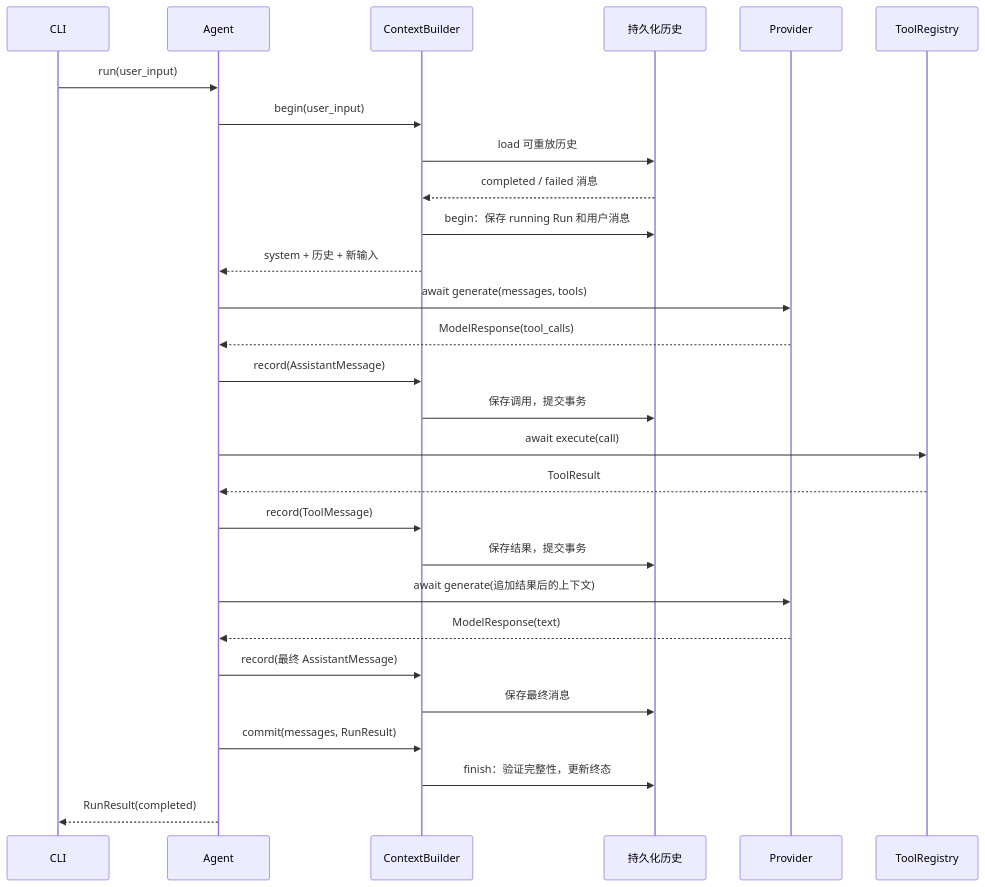
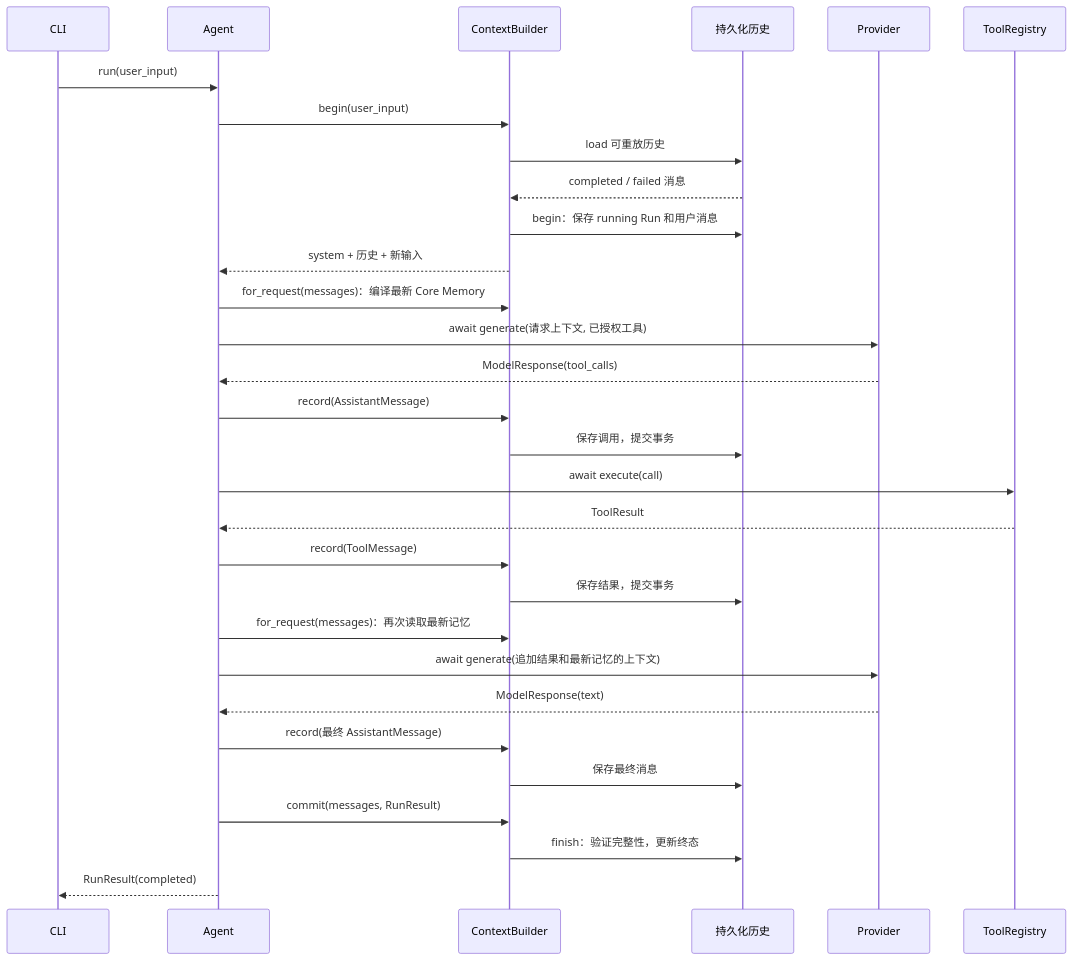
The third of 5 diagrams in docs/architecture.md (KindofCrazy/heybuddy), drawn with Mermaid before and after one commit. The commit also changed other lines of this file and 33 other files, not shown here.

First line of the commit message:
feat: add V0.3 editable core memory

````diff
--- a/docs/architecture.md
+++ b/docs/architecture.md
@@ -102,30 +89,32 @@
 ```mermaid
 sequenceDiagram
     participant CLI
     participant A as Agent
     participant C as ContextBuilder
     participant H as 持久化历史
     participant P as Provider
     participant T as ToolRegistry
     CLI->>A: run(user_input)
     A->>C: begin(user_input)
     C->>H: load 可重放历史
     H-->>C: completed / failed 消息
     C->>H: begin：保存 running Run 和用户消息
     C-->>A: system + 历史 + 新输入
-    A->>P: await generate(messages, tools)
+    A->>C: for_request(messages)：编译最新 Core Memory
+    A->>P: await generate(请求上下文, 已授权工具)
     P-->>A: ModelResponse(tool_calls)
     A->>C: record(AssistantMessage)
     C->>H: 保存调用，提交事务
     A->>T: await execute(call)
     T-->>A: ToolResult
     A->>C: record(ToolMessage)
     C->>H: 保存结果，提交事务
-    A->>P: await generate(追加结果后的上下文)
+    A->>C: for_request(messages)：再次读取最新记忆
+    A->>P: await generate(追加结果和最新记忆的上下文)
     P-->>A: ModelResponse(text)
     A->>C: record(最终 AssistantMessage)
     C->>H: 保存最终消息
     A->>C: commit(messages, RunResult)
     C->>H: finish：验证完整性，更新终态
     A-->>CLI: RunResult(completed)
 ```
````
